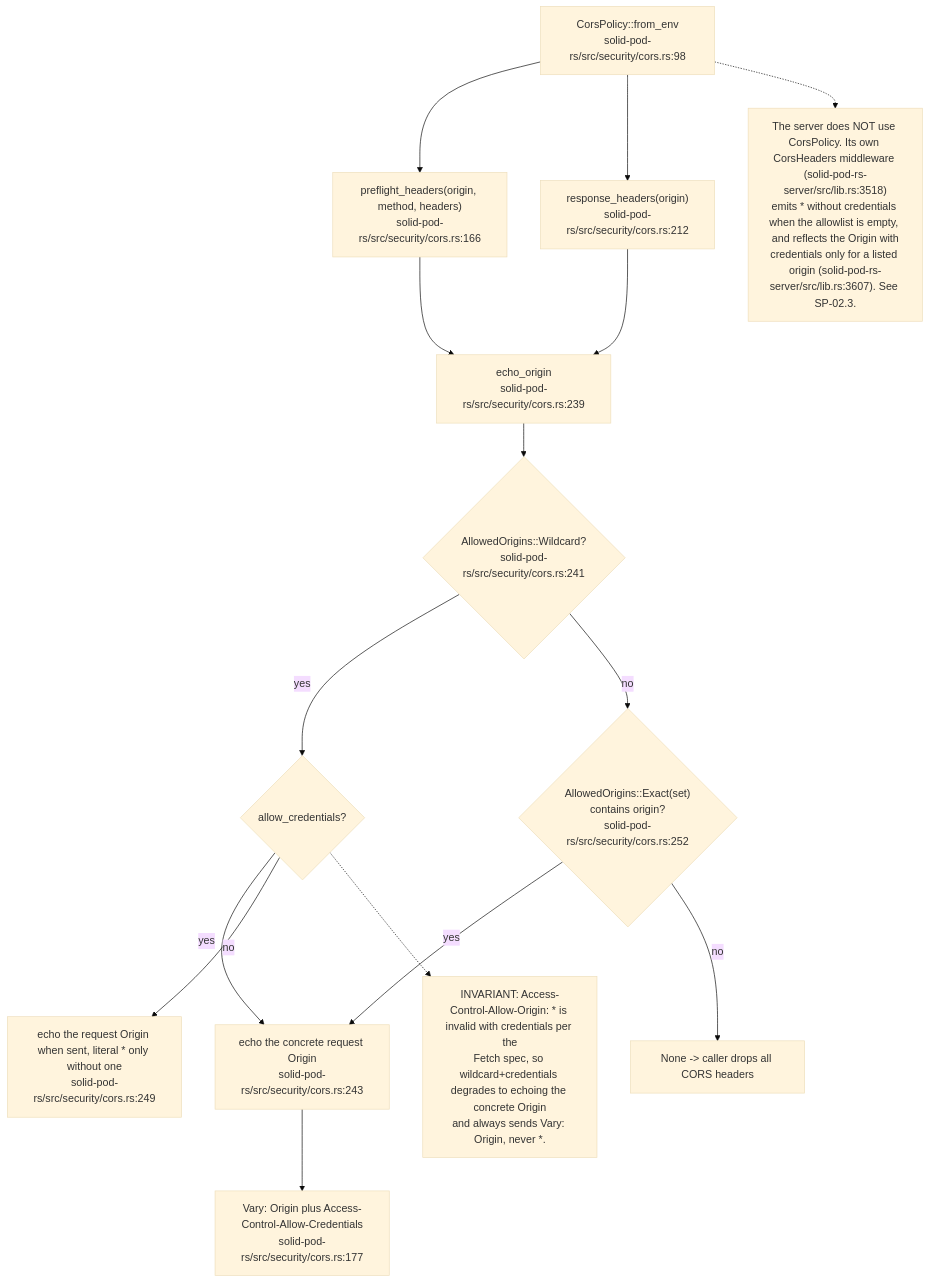
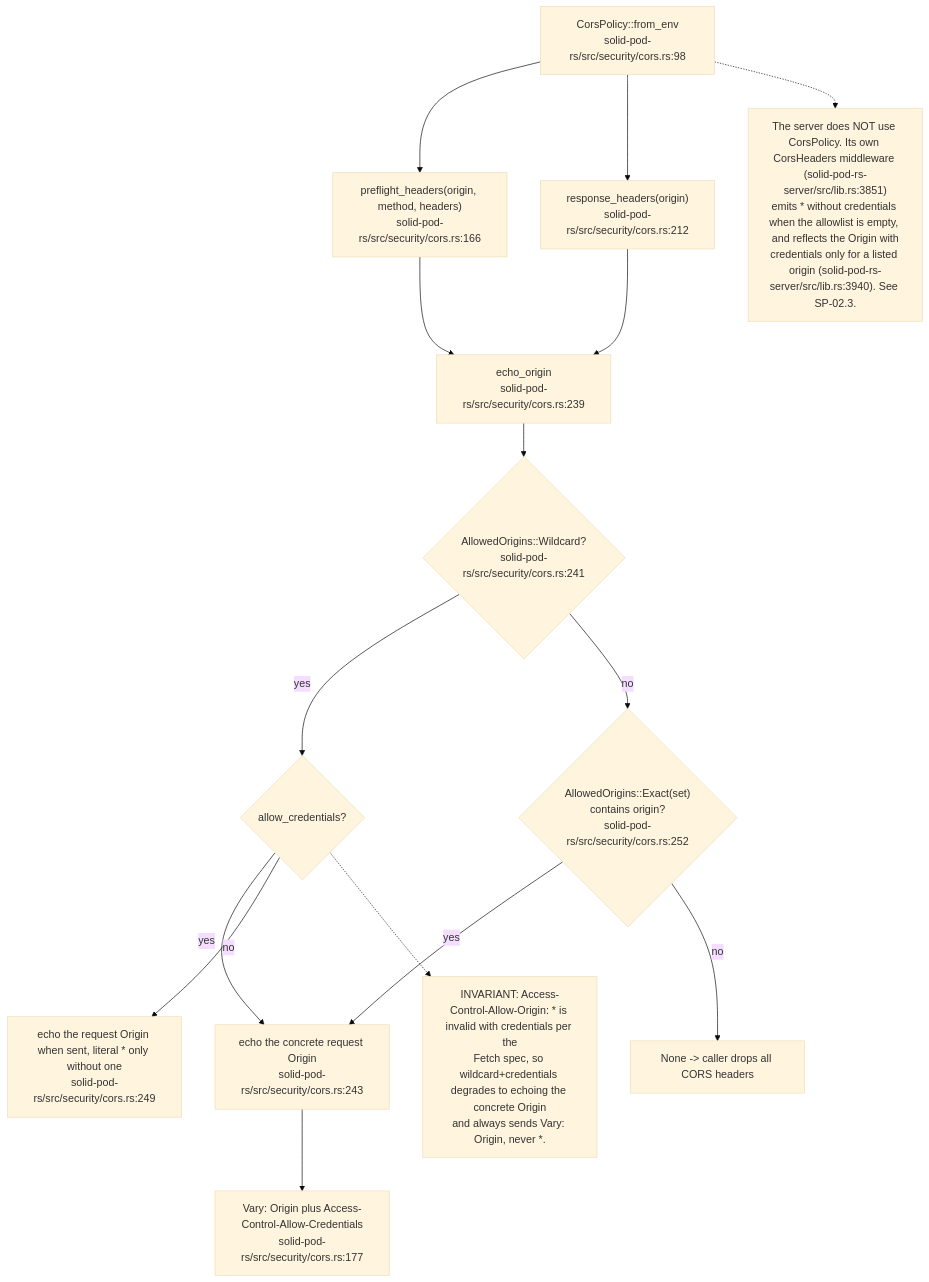
One commit to DreamLab-AI/VisionFlow changed the ninth of 11 diagrams in docs/diagrams/solid-pod-rs/06-storage-quota-and-git-pods.md. Above: the diagram before and after it, drawn with Mermaid (base theme). The commit also changed other lines of this file and 59 other files, not shown here.

First line of the commit message:
docs(diagrams): re-derive and re-stamp forum, website, pod, ontomark and sealmap topics

````diff
--- a/docs/diagrams/solid-pod-rs/06-storage-quota-and-git-pods.md
+++ b/docs/diagrams/solid-pod-rs/06-storage-quota-and-git-pods.md
@@ -270,31 +273,31 @@
 ```mermaid
 flowchart TD
     ENV["CorsPolicy::from_env<br/>solid-pod-rs/src/security/cors.rs:98"]
     PF["preflight_headers(origin, method, headers)<br/>solid-pod-rs/src/security/cors.rs:166"]
     RF["response_headers(origin)<br/>solid-pod-rs/src/security/cors.rs:212"]
     EO["echo_origin<br/>solid-pod-rs/src/security/cors.rs:239"]
     WC{"AllowedOrigins::Wildcard?<br/>solid-pod-rs/src/security/cors.rs:241"}
     CRED{"allow_credentials?"}
     ECHO["echo the concrete request Origin<br/>solid-pod-rs/src/security/cors.rs:243"]
     STAR["echo the request Origin when sent, literal * only without one<br/>solid-pod-rs/src/security/cors.rs:249"]
     EX{"AllowedOrigins::Exact(set)<br/>contains origin?<br/>solid-pod-rs/src/security/cors.rs:252"}
     NONE["None -> caller drops all CORS headers"]
     VARY["Vary: Origin plus Access-Control-Allow-Credentials<br/>solid-pod-rs/src/security/cors.rs:177"]
 
     ENV --> PF
     ENV --> RF
     PF --> EO
     RF --> EO
     EO --> WC
     WC -- yes --> CRED
     CRED -- yes --> ECHO --> VARY
     CRED -- no --> STAR
     WC -- no --> EX
     EX -- yes --> ECHO
     EX -- no --> NONE
 
     N["INVARIANT: Access-Control-Allow-Origin: * is invalid with credentials per the<br/>Fetch spec, so wildcard+credentials degrades to echoing the concrete Origin<br/>and always sends Vary: Origin, never *."]
     CRED -.-> N
-    N2["The server does NOT use CorsPolicy. Its own CorsHeaders middleware (solid-pod-rs-server/src/lib.rs:3518)<br/>emits * without credentials when the allowlist is empty, and reflects the Origin with<br/>credentials only for a listed origin (solid-pod-rs-server/src/lib.rs:3607). See SP-02.3."]
+    N2["The server does NOT use CorsPolicy. Its own CorsHeaders middleware (solid-pod-rs-server/src/lib.rs:3851)<br/>emits * without credentials when the allowlist is empty, and reflects the Origin with<br/>credentials only for a listed origin (solid-pod-rs-server/src/lib.rs:3940). See SP-02.3."]
     ENV -.-> N2
 ```
````
